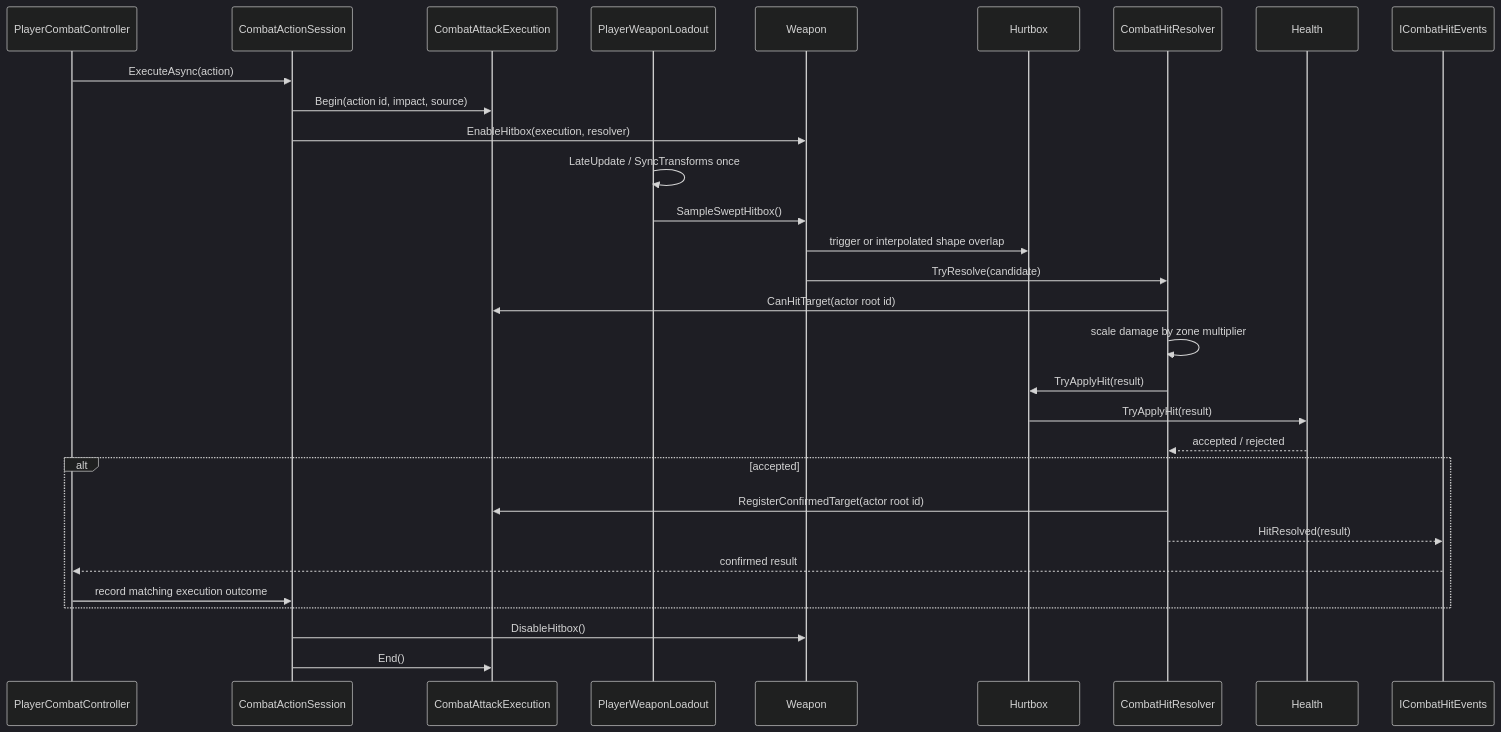
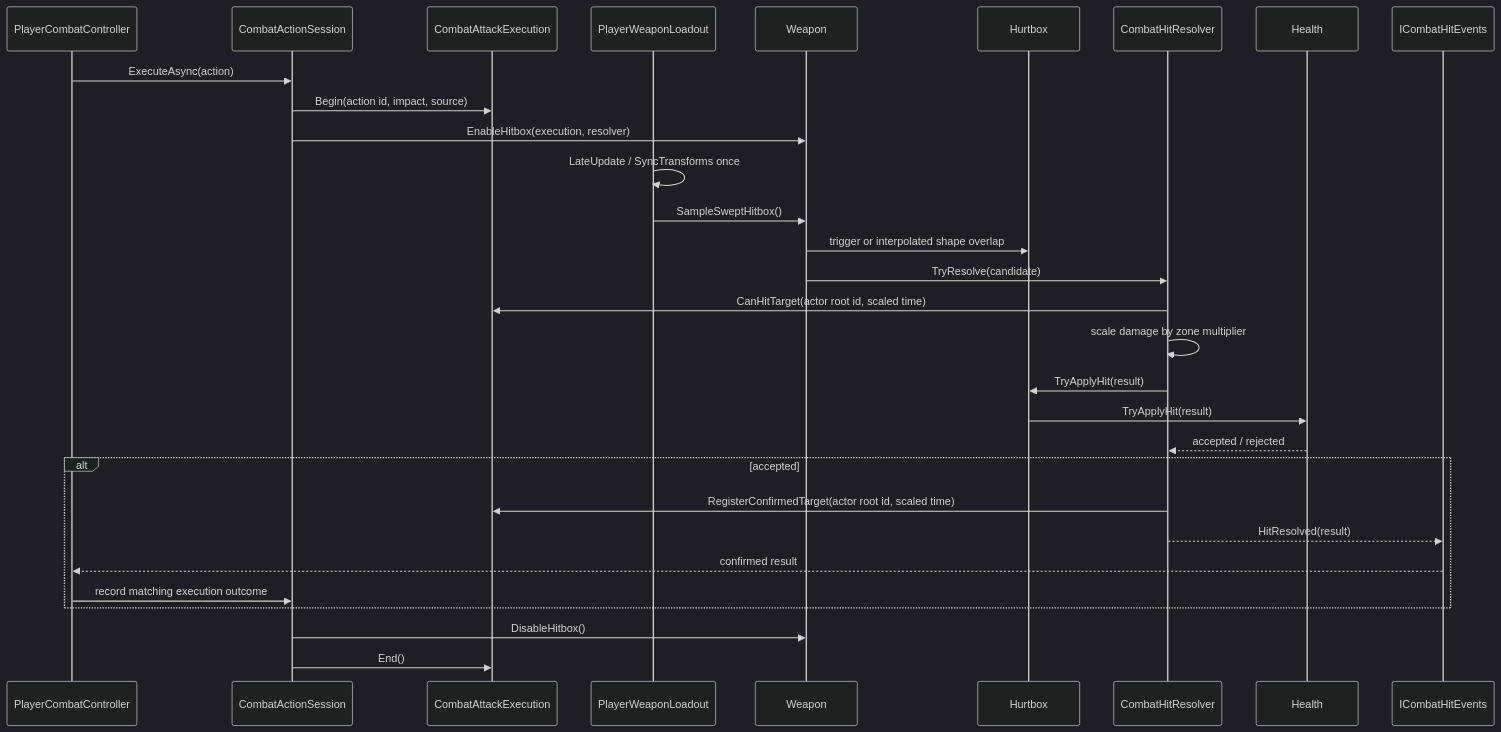
Before and after one commit to MaximFonariuc/project-s: the second of 2 diagrams in Docs/Architecture/Combat.HitResolution.md, drawn with Mermaid (dark theme). The commit also changed other lines of this file and 3 other files, not shown here.

Commit message:
docs(combat): align moveset architecture

````diff
--- a/Docs/Architecture/Combat.HitResolution.md
+++ b/Docs/Architecture/Combat.HitResolution.md
@@ -128,33 +135,33 @@
 ```mermaid
 sequenceDiagram
     participant Combat as PlayerCombatController
     participant Session as CombatActionSession
     participant Execution as CombatAttackExecution
     participant Loadout as PlayerWeaponLoadout
     participant Weapon
     participant Hurtbox
     participant Resolver as CombatHitResolver
     participant Health
     participant Events as ICombatHitEvents
 
     Combat->>Session: ExecuteAsync(action)
     Session->>Execution: Begin(action id, impact, source)
     Session->>Weapon: EnableHitbox(execution, resolver)
     Loadout->>Loadout: LateUpdate / SyncTransforms once
     Loadout->>Weapon: SampleSweptHitbox()
     Weapon->>Hurtbox: trigger or interpolated shape overlap
     Weapon->>Resolver: TryResolve(candidate)
-    Resolver->>Execution: CanHitTarget(actor root id)
+    Resolver->>Execution: CanHitTarget(actor root id, scaled time)
     Resolver->>Resolver: scale damage by zone multiplier
     Resolver->>Hurtbox: TryApplyHit(result)
     Hurtbox->>Health: TryApplyHit(result)
     Health-->>Resolver: accepted / rejected
     alt accepted
-        Resolver->>Execution: RegisterConfirmedTarget(actor root id)
+        Resolver->>Execution: RegisterConfirmedTarget(actor root id, scaled time)
         Resolver-->>Events: HitResolved(result)
         Events-->>Combat: confirmed result
         Combat->>Session: record matching execution outcome
     end
     Session->>Weapon: DisableHitbox()
     Session->>Execution: End()
 ```
````
